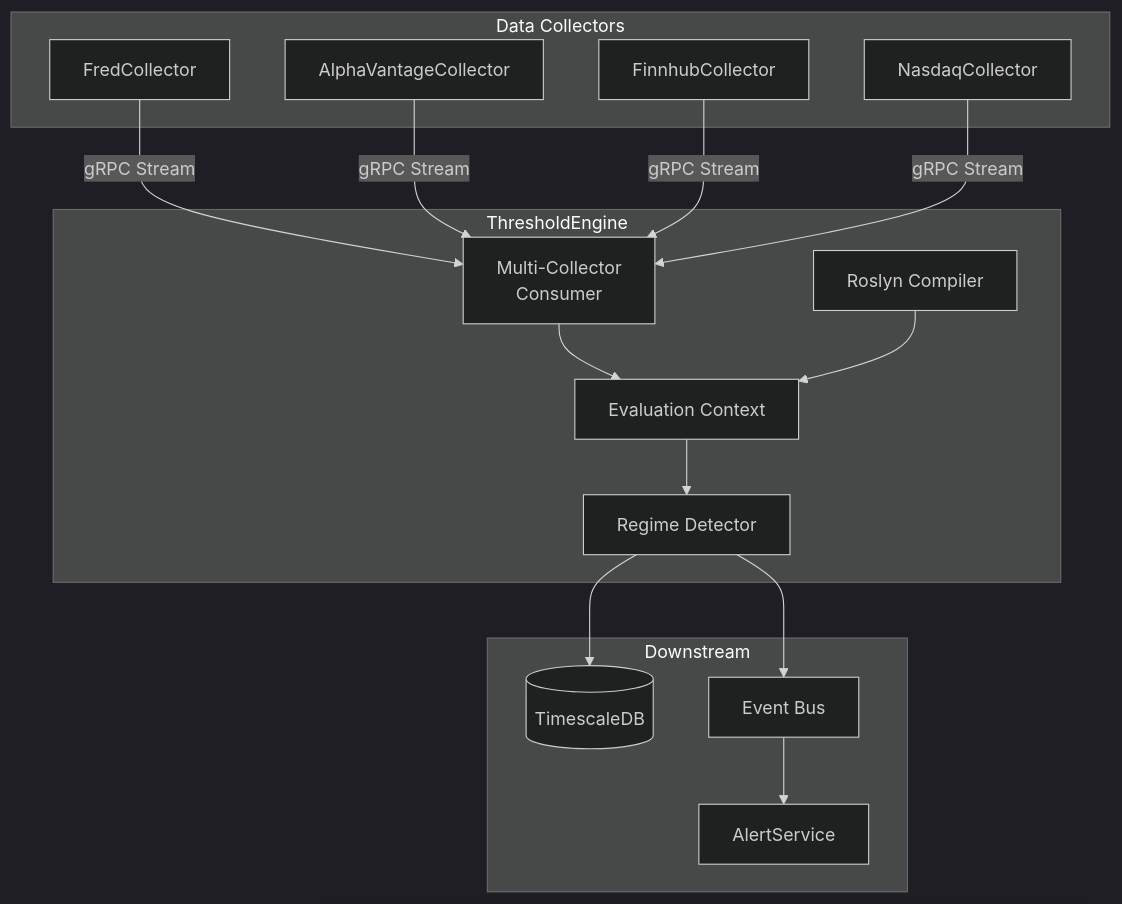
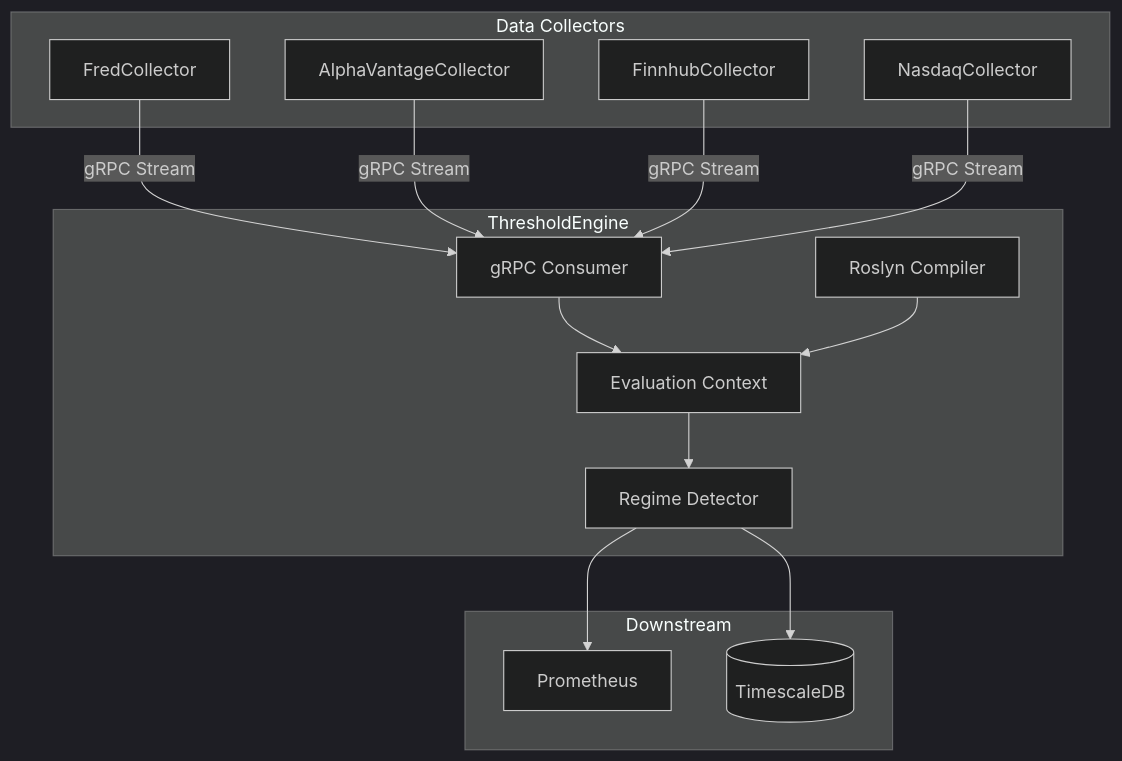
The diagram in ThresholdEngine/README.md (jpansarasa/ATLAS-Docs), drawn with Mermaid (dark theme) before and after one commit. The commit also changed other lines of this file and 14 other files, not shown here.

````diff
--- a/ThresholdEngine/README.md
+++ b/ThresholdEngine/README.md
@@ -13,30 +13,28 @@
 ```mermaid
 flowchart TD
     subgraph Collectors [Data Collectors]
         FC[FredCollector]
         AVC[AlphaVantageCollector]
         FHC[FinnhubCollector]
         NC[NasdaqCollector]
     end
 
     subgraph Core [ThresholdEngine]
-        MZW[Multi-Collector<br/>Consumer]
+        Consumer[gRPC Consumer]
         Roslyn[Roslyn Compiler]
         Context[Evaluation Context]
         Regime[Regime Detector]
     end
 
     subgraph Downstream
-        AS[AlertService]
+        Prom[Prometheus]
         DB[(TimescaleDB)]
-        Bus[Event Bus]
     end
 
-    FC & AVC & FHC & NC -- gRPC Stream --> MZW
-    MZW --> Context
+    FC & AVC & FHC & NC -- gRPC Stream --> Consumer
+    Consumer --> Context
     Roslyn --> Context
     Context --> Regime
     Regime --> DB
-    Regime --> Bus
-    Bus --> AS
+    Regime --> Prom
 ```
````
